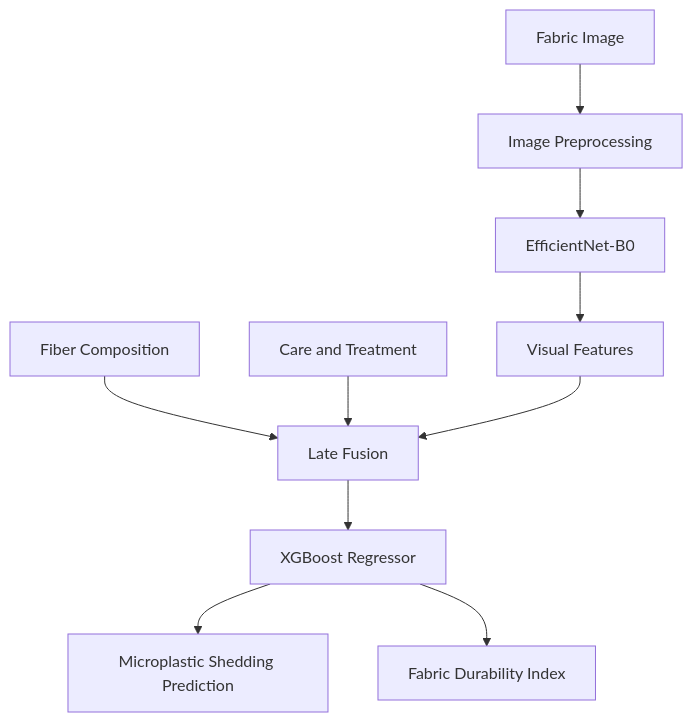
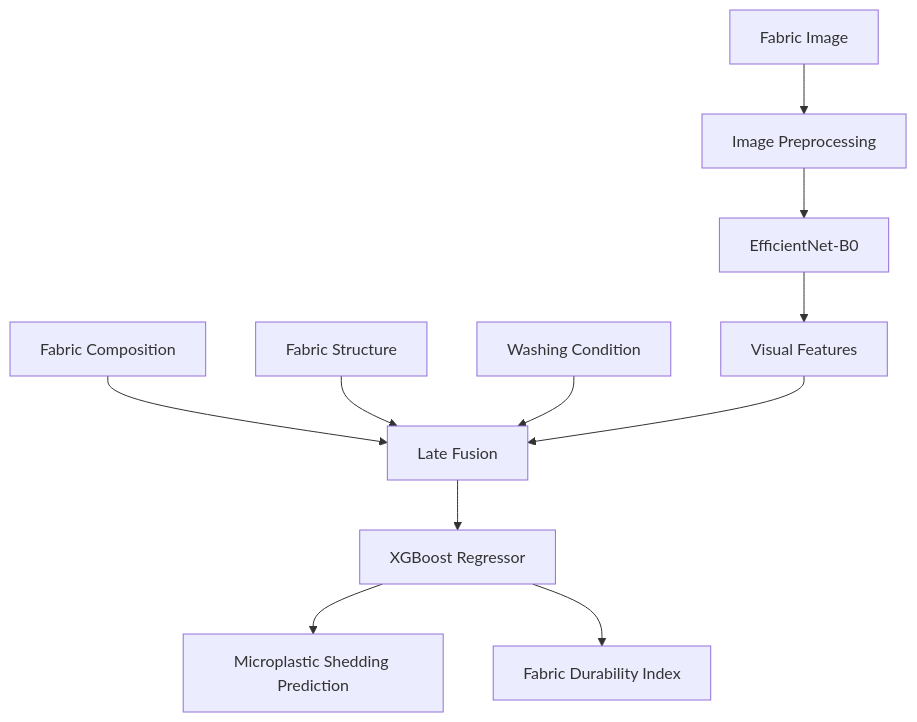
The fourth of 5 diagrams in README.MD (raykenzienazaru-dot/PNJ), drawn with Mermaid before and after one commit. The commit also changed other lines of this file, not shown here.

````diff
--- a/README.MD
+++ b/README.MD
@@ -263,12 +288,13 @@
 ```mermaid
 flowchart TD
     IMG[Fabric Image] --> PRE[Image Preprocessing]
     PRE --> CNN[EfficientNet-B0]
     CNN --> VF[Visual Features]
-    COMP[Fiber Composition] --> LF[Late Fusion]
-    CARE[Care and Treatment] --> LF
+    COMP[Fabric Composition] --> LF[Late Fusion]
+    STRUCT[Fabric Structure] --> LF
+    WASH[Washing Condition] --> LF
     VF --> LF
     LF --> XGB[XGBoost Regressor]
     XGB --> MICRO[Microplastic Shedding Prediction]
     XGB --> FDI[Fabric Durability Index]
 ```
````
